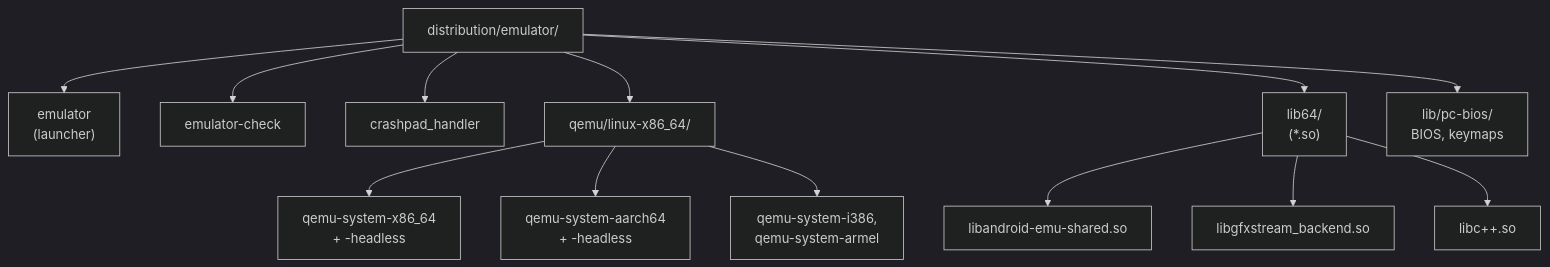
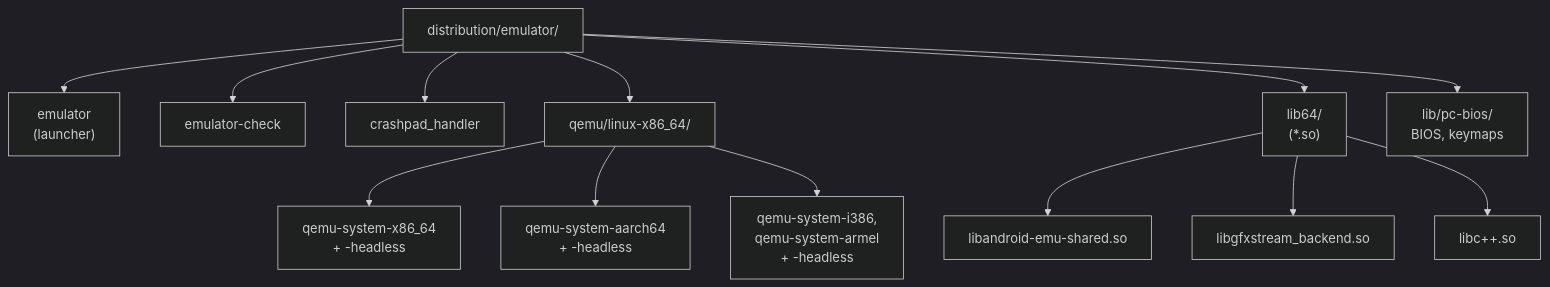
One commit to aospbooks/android-emulator-internal-book changed the fifth of 5 diagrams in 02-source-and-build.md. Above: the diagram before and after it, drawn with Mermaid (dark theme). The commit also changed other lines of this file and 31 other files, not shown here.

````diff
--- a/02-source-and-build.md
+++ b/02-source-and-build.md
@@ -607,16 +613,16 @@
 ```mermaid
 graph TD
   DIST["distribution/emulator/"]
   DIST --> LAUNCH["emulator<br/>(launcher)"]
   DIST --> CHECK["emulator-check"]
   DIST --> CRASH["crashpad_handler"]
   DIST --> QEMUDIR["qemu/linux-x86_64/"]
   DIST --> LIB64["lib64/<br/>(*.so)"]
   DIST --> LIBDATA["lib/pc-bios/<br/>BIOS, keymaps"]
   QEMUDIR --> Q1["qemu-system-x86_64<br/>+ -headless"]
   QEMUDIR --> Q2["qemu-system-aarch64<br/>+ -headless"]
-  QEMUDIR --> Q3["qemu-system-i386,<br/>qemu-system-armel"]
+  QEMUDIR --> Q3["qemu-system-i386,<br/>qemu-system-armel<br/>+ -headless"]
   LIB64 --> S1["libandroid-emu-shared.so"]
   LIB64 --> S2["libgfxstream_backend.so"]
   LIB64 --> S3["libc++.so"]
 ```
````
